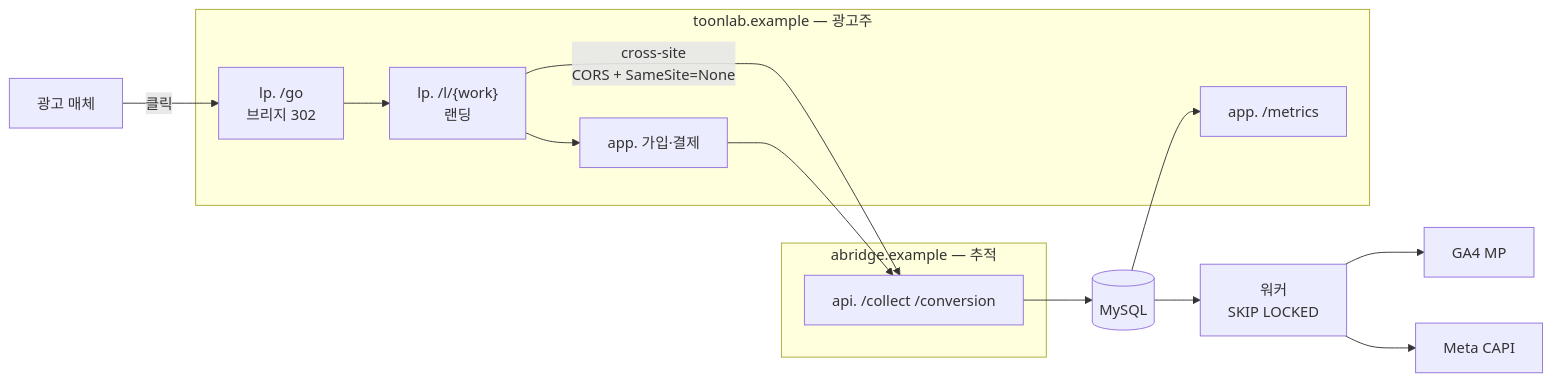
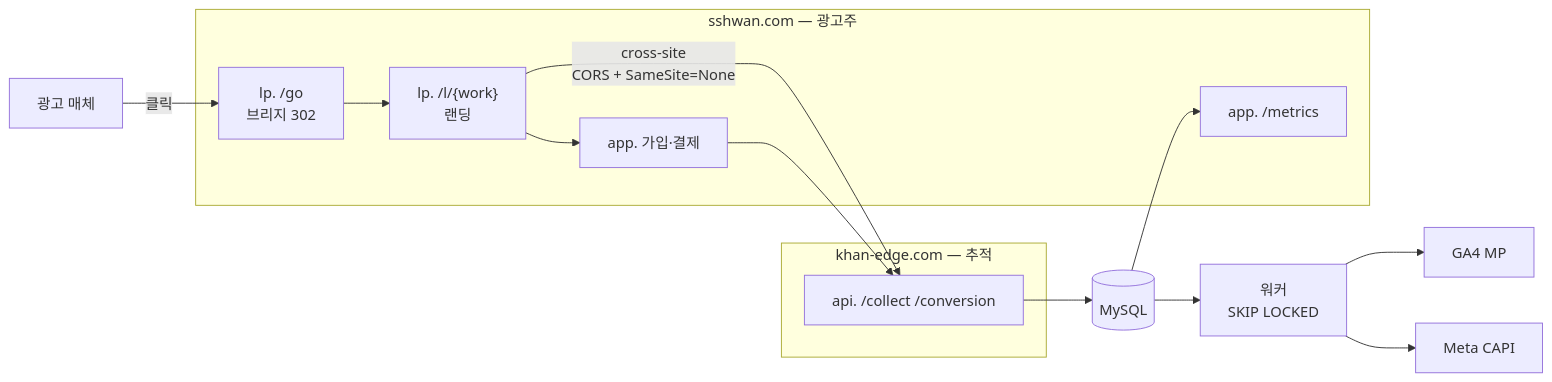
Before and after one commit to http1220/touchpoint: the diagram in README.md, drawn with Mermaid. The commit also changed 10 other files, not shown here.

First line of the commit message:
도메인 확정 — sshwan.com / khan-edge.com

````diff
--- a/README.md
+++ b/README.md
@@ -15,18 +15,18 @@
 ```mermaid
 flowchart LR
     AD["광고 매체"] -->|"클릭"| BR
-    subgraph SHOP["toonlab.example — 광고주"]
+    subgraph SHOP["sshwan.com — 광고주"]
         BR["lp. /go<br/>브리지 302"] --> LP["lp. /l/{work}<br/>랜딩"]
         APP["app. 가입·결제"]
         MET["app. /metrics"]
     end
-    subgraph TRACK["abridge.example — 추적"]
+    subgraph TRACK["khan-edge.com — 추적"]
         API["api. /collect /conversion"]
     end
     LP -->|"cross-site<br/>CORS + SameSite=None"| API
     LP --> APP --> API
     API --> DB[("MySQL")] --> W["워커<br/>SKIP LOCKED"]
     W --> GA["GA4 MP"]
     W --> META["Meta CAPI"]
     DB --> MET
 ```
````
